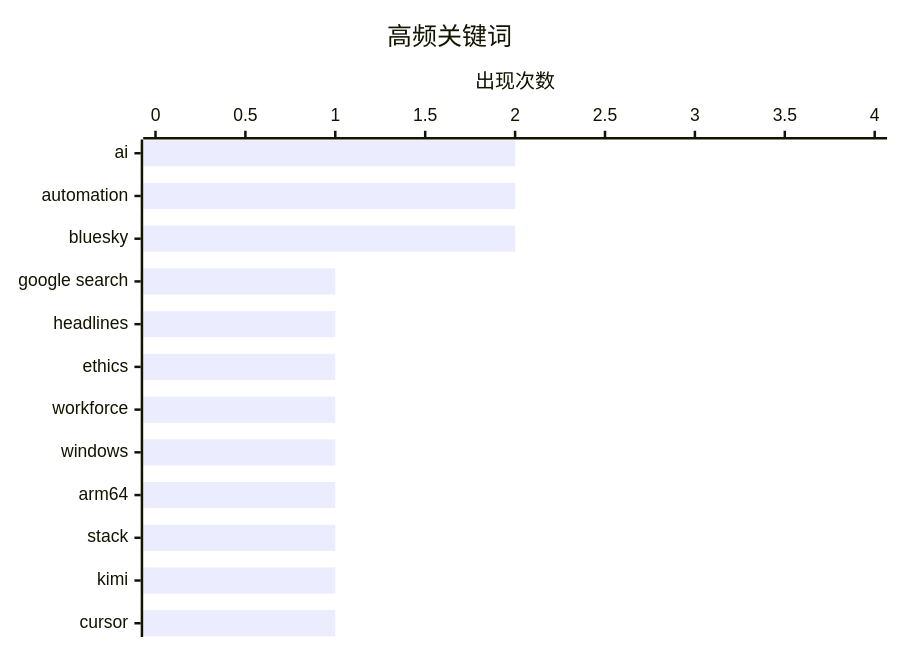
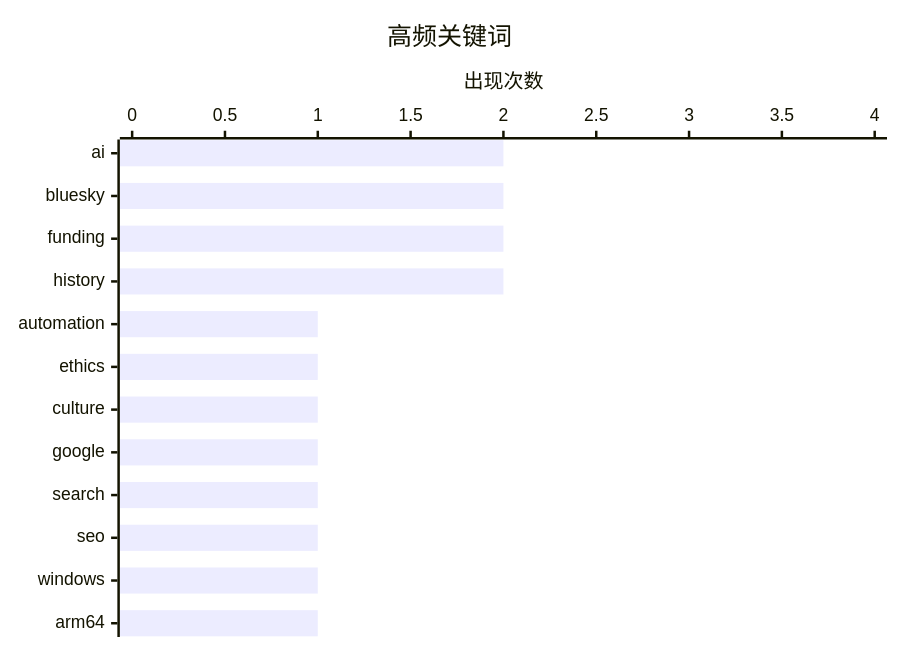
Before and after one commit to SamhooXee/aidigest: the second of 2 diagrams in content/digest_2026-03-21.md, drawn with Mermaid. The commit also changed other lines of this file, not shown here.

````diff
--- a/content/digest_2026-03-21.md
+++ b/content/digest_2026-03-21.md
@@ -59,7 +65,7 @@
 ```mermaid
 xychart-beta horizontal
     title "高频关键词"
-    x-axis ["ai", "automation", "bluesky", "google search", "headlines", "ethics", "workforce", "windows", "arm64", "stack", "kimi", "cursor"]
+    x-axis ["ai", "bluesky", "funding", "history", "automation", "ethics", "culture", "google", "search", "seo", "windows", "arm64"]
     y-axis "出现次数" 0 --> 4
-    bar [2, 2, 2, 1, 1, 1, 1, 1, 1, 1, 1, 1]
+    bar [2, 2, 2, 2, 1, 1, 1, 1, 1, 1, 1, 1]
 ```
````
